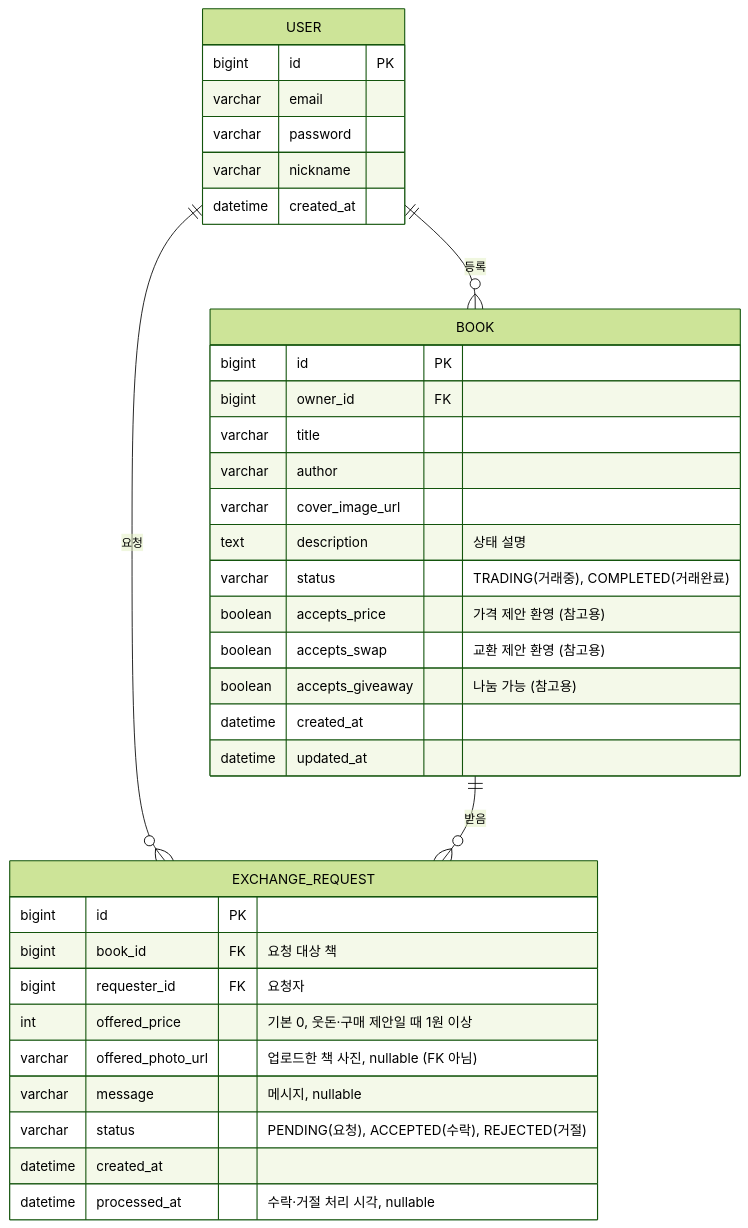
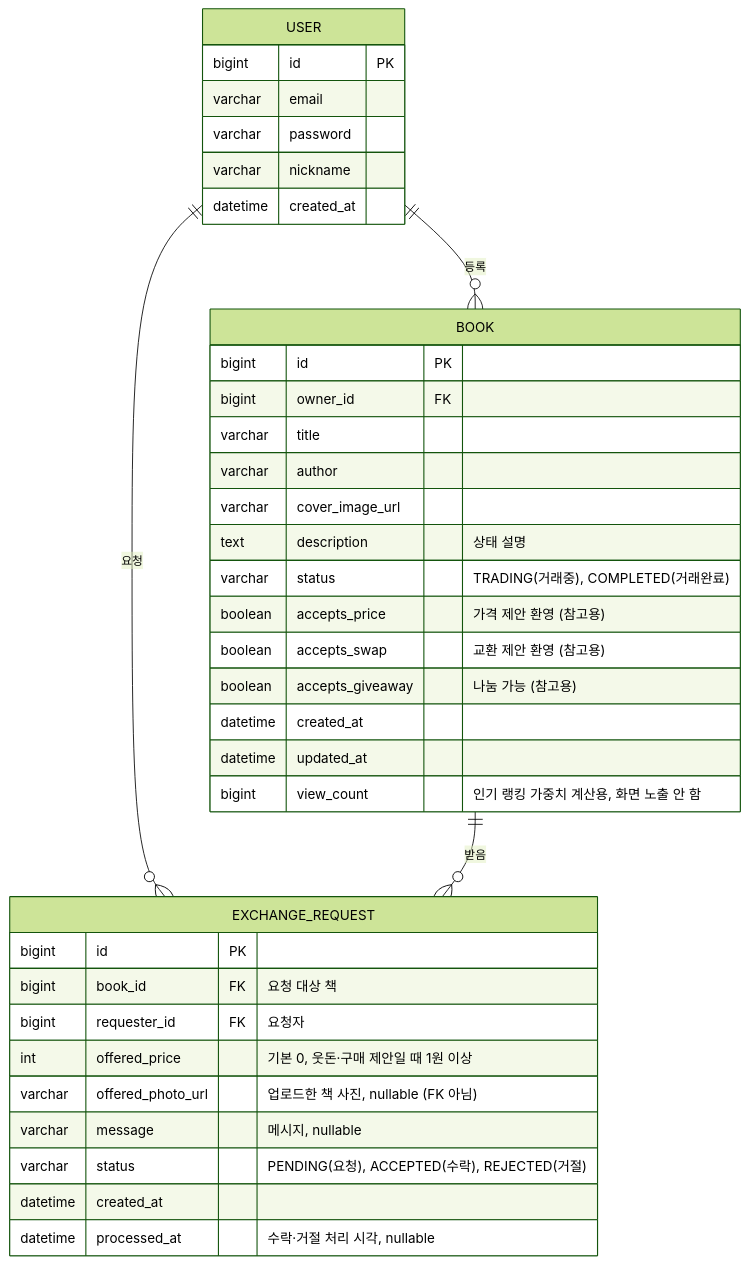
One commit to CLD-8th/project1-team01 changed the diagram in docs/02_ERD.md. Above: the diagram before and after it, drawn with Mermaid (forest theme). The commit also changed 6 other files, not shown here.

````diff
--- a/docs/02_ERD.md
+++ b/docs/02_ERD.md
@@ -20,41 +20,42 @@
 ```mermaid
 erDiagram
     USER ||--o{ BOOK : "등록"
     USER ||--o{ EXCHANGE_REQUEST : "요청"
     BOOK ||--o{ EXCHANGE_REQUEST : "받음"
 
     USER {
         bigint id PK
         varchar email
         varchar password
         varchar nickname
         datetime created_at
     }
 
     BOOK {
         bigint id PK
         bigint owner_id FK
         varchar title
         varchar author
         varchar cover_image_url
         text description "상태 설명"
         varchar status "TRADING(거래중), COMPLETED(거래완료)"
         boolean accepts_price "가격 제안 환영 (참고용)"
         boolean accepts_swap "교환 제안 환영 (참고용)"
         boolean accepts_giveaway "나눔 가능 (참고용)"
         datetime created_at
         datetime updated_at
+        bigint view_count "인기 랭킹 가중치 계산용, 화면 노출 안 함"
     }
 
     EXCHANGE_REQUEST {
         bigint id PK
         bigint book_id FK "요청 대상 책"
         bigint requester_id FK "요청자"
         int offered_price "기본 0, 웃돈·구매 제안일 때 1원 이상"
         varchar offered_photo_url "업로드한 책 사진, nullable (FK 아님)"
         varchar message "메시지, nullable"
         varchar status "PENDING(요청), ACCEPTED(수락), REJECTED(거절)"
         datetime created_at
         datetime processed_at "수락·거절 처리 시각, nullable"
     }
 ```
````
